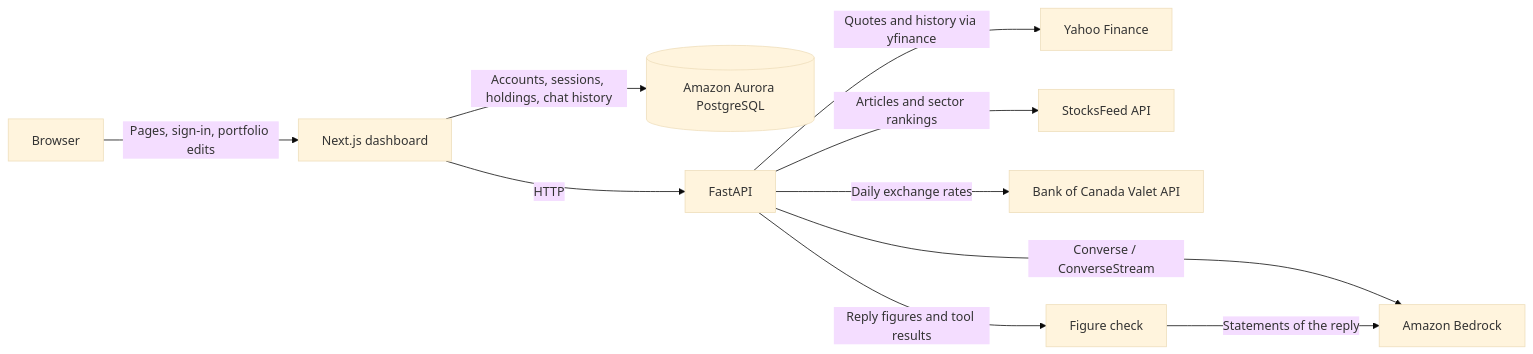
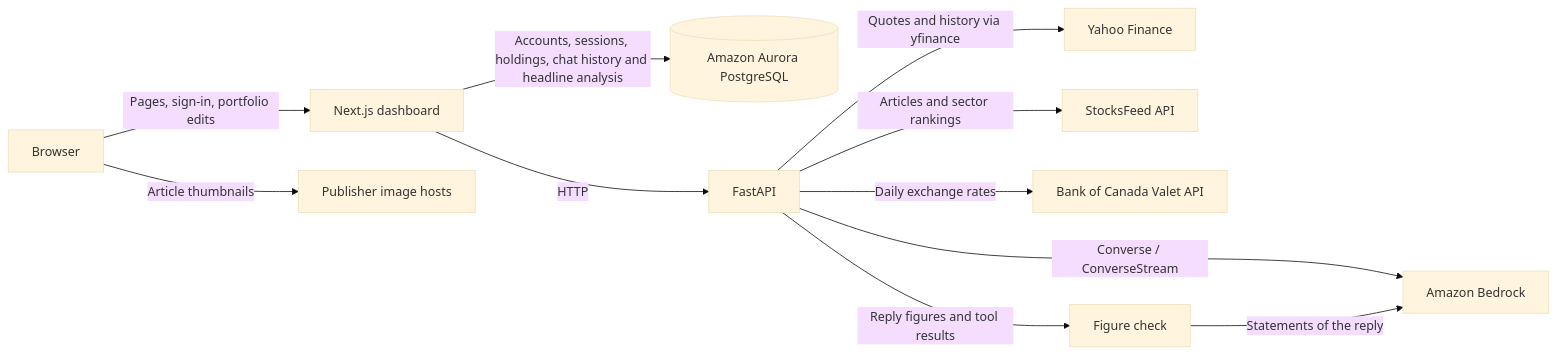
One commit to tarteeg/datathon-polyfinance changed the diagram in ARCHITECTURE.md. Above: the diagram before and after it, drawn with Mermaid (base theme). The commit also changed other lines of this file and 45 other files, not shown here.

Commit message:
Add BreakPoint AI and portfolio headline analysis

````diff
--- a/ARCHITECTURE.md
+++ b/ARCHITECTURE.md
@@ -5,12 +5,13 @@
 ```mermaid
 flowchart LR
     Browser -->|Pages, sign-in, portfolio edits| Next["Next.js dashboard"]
-    Next -->|Accounts, sessions, holdings, chat history| DB[("Amazon Aurora PostgreSQL")]
+    Next -->|Accounts, sessions, holdings, chat history and headline analysis| DB[("Amazon Aurora PostgreSQL")]
     API -->|Converse / ConverseStream| Bedrock["Amazon Bedrock"]
     Next -->|HTTP| API["FastAPI"]
     API -->|Quotes and history via yfinance| Yahoo["Yahoo Finance"]
+    Browser -->|Article thumbnails| Publisher["Publisher image hosts"]
     API -->|Articles and sector rankings| Feed["StocksFeed API"]
     API -->|Daily exchange rates| BoC["Bank of Canada Valet API"]
     API -->|Reply figures and tool results| Check["Figure check"]
     Check -->|Statements of the reply| Bedrock
 ```
````
